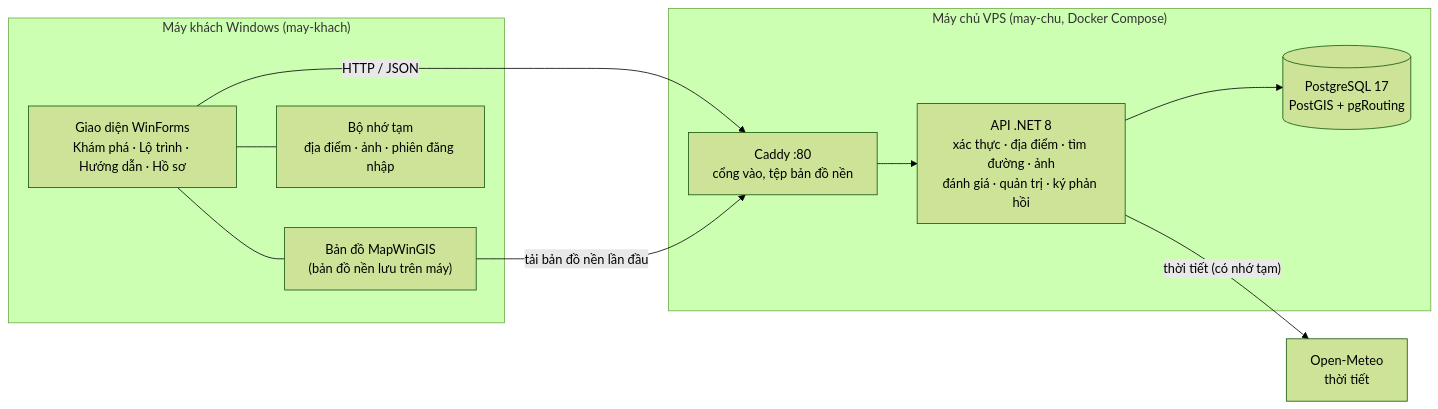
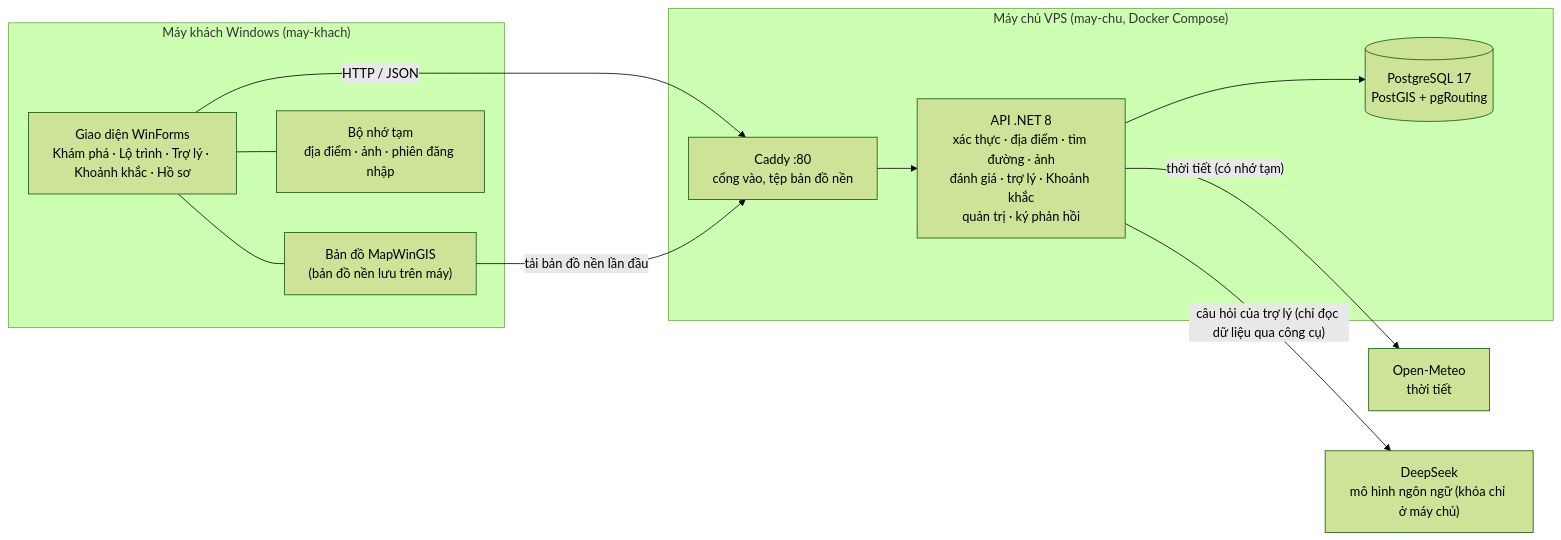
The first of 6 diagrams in tai-lieu/so-do.md (cuong-bo/HQT_CSDL), drawn with Mermaid (forest theme) before and after one commit. The commit also changed other lines of this file and 102 other files, not shown here.

First line of the commit message:
Giao diện mới, Trợ lý DeepSeek và Khoảnh khắc (bản tin cộng đồng)

````diff
--- a/tai-lieu/so-do.md
+++ b/tai-lieu/so-do.md
@@ -17,23 +17,25 @@
 ```mermaid
 flowchart LR
     subgraph KH["Máy khách Windows (may-khach)"]
-        UI["Giao diện WinForms<br/>Khám phá · Lộ trình · Hướng dẫn · Hồ sơ"]
+        UI["Giao diện WinForms<br/>Khám phá · Lộ trình · Trợ lý · Khoảnh khắc · Hồ sơ"]
         MAP["Bản đồ MapWinGIS<br/>(bản đồ nền lưu trên máy)"]
         CACHE["Bộ nhớ tạm<br/>địa điểm · ảnh · phiên đăng nhập"]
         UI --- MAP
         UI --- CACHE
     end
 
     subgraph MC["Máy chủ VPS (may-chu, Docker Compose)"]
         CADDY["Caddy :80<br/>cổng vào, tệp bản đồ nền"]
-        API["API .NET 8<br/>xác thực · địa điểm · tìm đường · ảnh<br/>đánh giá · quản trị · ký phản hồi"]
+        API["API .NET 8<br/>xác thực · địa điểm · tìm đường · ảnh<br/>đánh giá · trợ lý · Khoảnh khắc<br/>quản trị · ký phản hồi"]
         DB[("PostgreSQL 17<br/>PostGIS + pgRouting")]
         CADDY --> API --> DB
     end
 
     METEO["Open-Meteo<br/>thời tiết"]
+    DEEPSEEK["DeepSeek<br/>mô hình ngôn ngữ (khóa chỉ ở máy chủ)"]
 
     UI -- "HTTP / JSON" --> CADDY
     MAP -- "tải bản đồ nền lần đầu" --> CADDY
     API -- "thời tiết (có nhớ tạm)" --> METEO
+    API -- "câu hỏi của trợ lý (chỉ đọc dữ liệu qua công cụ)" --> DEEPSEEK
 ```
````
